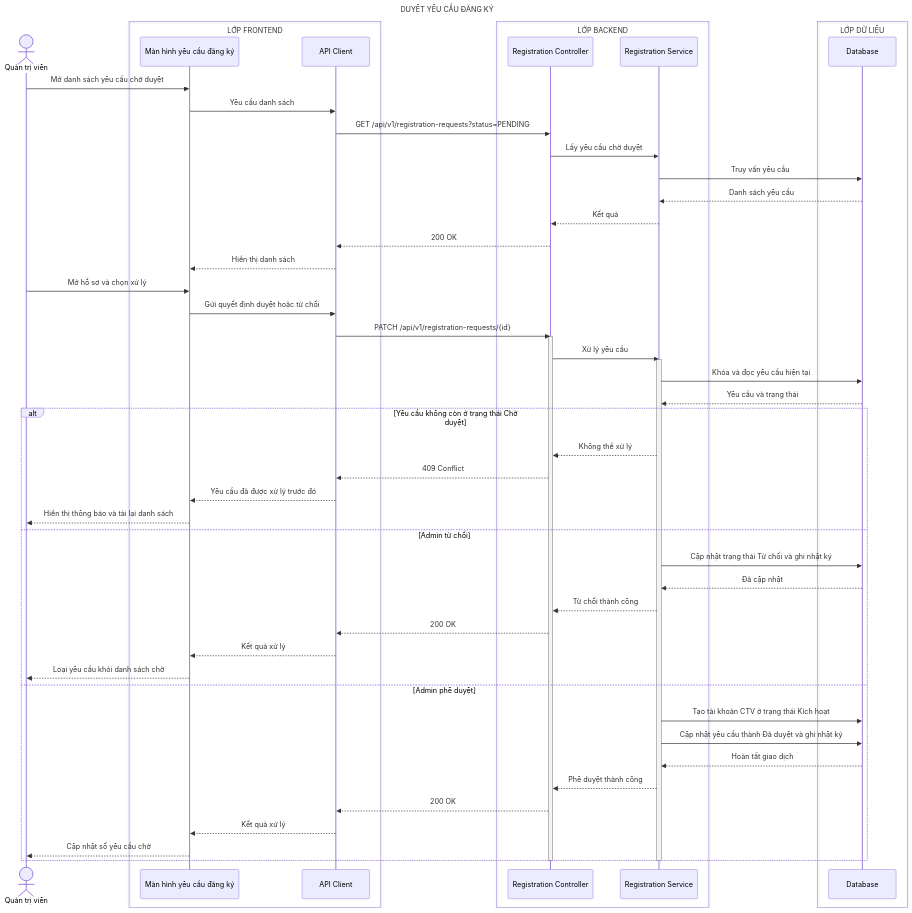
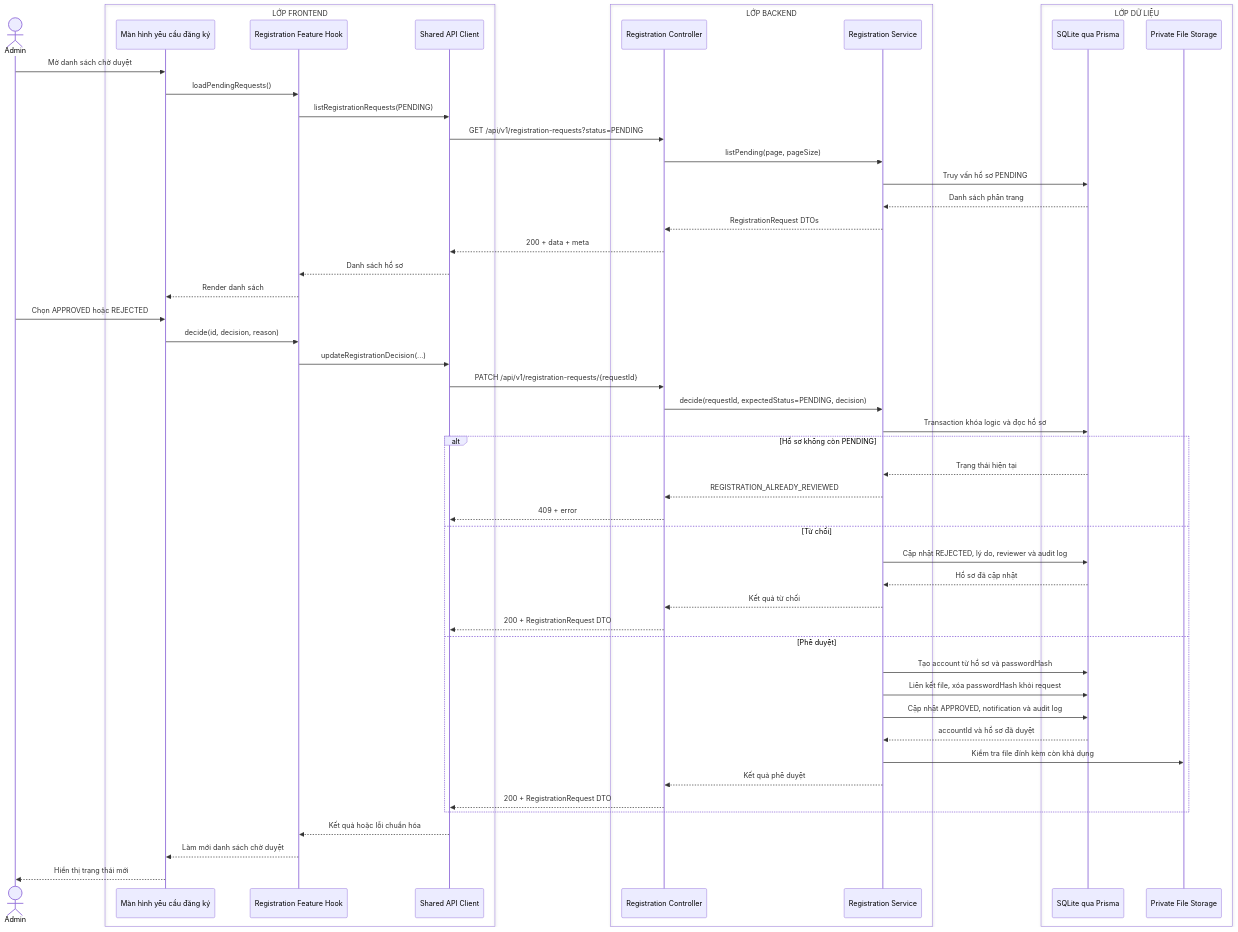
Before and after one commit to MINHDZVODICH/ctv-manage: the diagram in docs/sequence-diagrams/03-duyet-ho-so.md, drawn with Mermaid. The commit also changed other lines of this file and 19 other files, not shown here.

Commit message:
docs: align API architecture and prototype flows

````diff
--- a/docs/sequence-diagrams/03-duyet-ho-so.md
+++ b/docs/sequence-diagrams/03-duyet-ho-so.md
@@ -5,64 +5,59 @@
 ```mermaid
 sequenceDiagram
-    title DUYỆT YÊU CẦU ĐĂNG KÝ
-
-    actor A as Quản trị viên
-
+    actor A as Admin
     box LỚP FRONTEND
         participant UI as Màn hình yêu cầu đăng ký
-        participant API as API Client
+        participant H as Registration Feature Hook
+        participant API as Shared API Client
     end
-
     box LỚP BACKEND
         participant C as Registration Controller
         participant S as Registration Service
     end
-
     box LỚP DỮ LIỆU
-        participant DB as Database
+        participant DB as SQLite qua Prisma
+        participant FS as Private File Storage
     end
 
-    A->>UI: Mở danh sách yêu cầu chờ duyệt
-    UI->>API: Yêu cầu danh sách
+    A->>UI: Mở danh sách chờ duyệt
+    UI->>H: loadPendingRequests()
+    H->>API: listRegistrationRequests(PENDING)
     API->>C: GET /api/v1/registration-requests?status=PENDING
-    C->>S: Lấy yêu cầu chờ duyệt
-    S->>DB: Truy vấn yêu cầu
-    DB-->>S: Danh sách yêu cầu
-    S-->>C: Kết quả
-    C-->>API: 200 OK
-    API-->>UI: Hiển thị danh sách
+    C->>S: listPending(page, pageSize)
+    S->>DB: Truy vấn hồ sơ PENDING
+    DB-->>S: Danh sách phân trang
+    S-->>C: RegistrationRequest DTOs
+    C-->>API: 200 + data + meta
+    API-->>H: Danh sách hồ sơ
+    H-->>UI: Render danh sách
 
-    A->>UI: Mở hồ sơ và chọn xử lý
-    UI->>API: Gửi quyết định duyệt hoặc từ chối
-    API->>C: PATCH /api/v1/registration-requests/{id}
-    activate C
-    C->>S: Xử lý yêu cầu
-    activate S
-    S->>DB: Khóa và đọc yêu cầu hiện tại
-    DB-->>S: Yêu cầu và trạng thái
+    A->>UI: Chọn APPROVED hoặc REJECTED
+    UI->>H: decide(id, decision, reason)
+    H->>API: updateRegistrationDecision(...)
+    API->>C: PATCH /api/v1/registration-requests/{requestId}
+    C->>S: decide(requestId, expectedStatus=PENDING, decision)
+    S->>DB: Transaction khóa logic và đọc hồ sơ
 
-    alt Yêu cầu không còn ở trạng thái Chờ duyệt
-        S-->>C: Không thể xử lý
-        C-->>API: 409 Conflict
-        API-->>UI: Yêu cầu đã được xử lý trước đó
-        UI-->>A: Hiển thị thông báo và tải lại danh sách
-    else Admin từ chối
-        S->>DB: Cập nhật trạng thái Từ chối và ghi nhật ký
-        DB-->>S: Đã cập nhật
-        S-->>C: Từ chối thành công
-        C-->>API: 200 OK
-        API-->>UI: Kết quả xử lý
-        UI-->>A: Loại yêu cầu khỏi danh sách chờ
-    else Admin phê duyệt
-        S->>DB: Tạo tài khoản CTV ở trạng thái Kích hoạt
-        S->>DB: Cập nhật yêu cầu thành Đã duyệt và ghi nhật ký
-        DB-->>S: Hoàn tất giao dịch
-        S-->>C: Phê duyệt thành công
-        C-->>API: 200 OK
-        API-->>UI: Kết quả xử lý
-        UI-->>A: Cập nhật số yêu cầu chờ
+    alt Hồ sơ không còn PENDING
+        DB-->>S: Trạng thái hiện tại
+        S-->>C: REGISTRATION_ALREADY_REVIEWED
+        C-->>API: 409 + error
+    else Từ chối
+        S->>DB: Cập nhật REJECTED, lý do, reviewer và audit log
+        DB-->>S: Hồ sơ đã cập nhật
+        S-->>C: Kết quả từ chối
+        C-->>API: 200 + RegistrationRequest DTO
+    else Phê duyệt
+        S->>DB: Tạo account từ hồ sơ và passwordHash
+        S->>DB: Liên kết file, xóa passwordHash khỏi request
+        S->>DB: Cập nhật APPROVED, notification và audit log
+        DB-->>S: accountId và hồ sơ đã duyệt
+        S->>FS: Kiểm tra file đính kèm còn khả dụng
+        S-->>C: Kết quả phê duyệt
+        C-->>API: 200 + RegistrationRequest DTO
     end
 
-    deactivate S
-    deactivate C
+    API-->>H: Kết quả hoặc lỗi chuẩn hóa
+    H-->>UI: Làm mới danh sách chờ duyệt
+    UI-->>A: Hiển thị trạng thái mới
 ```
````
